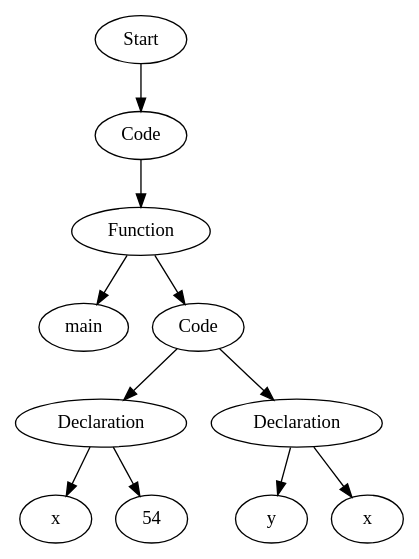
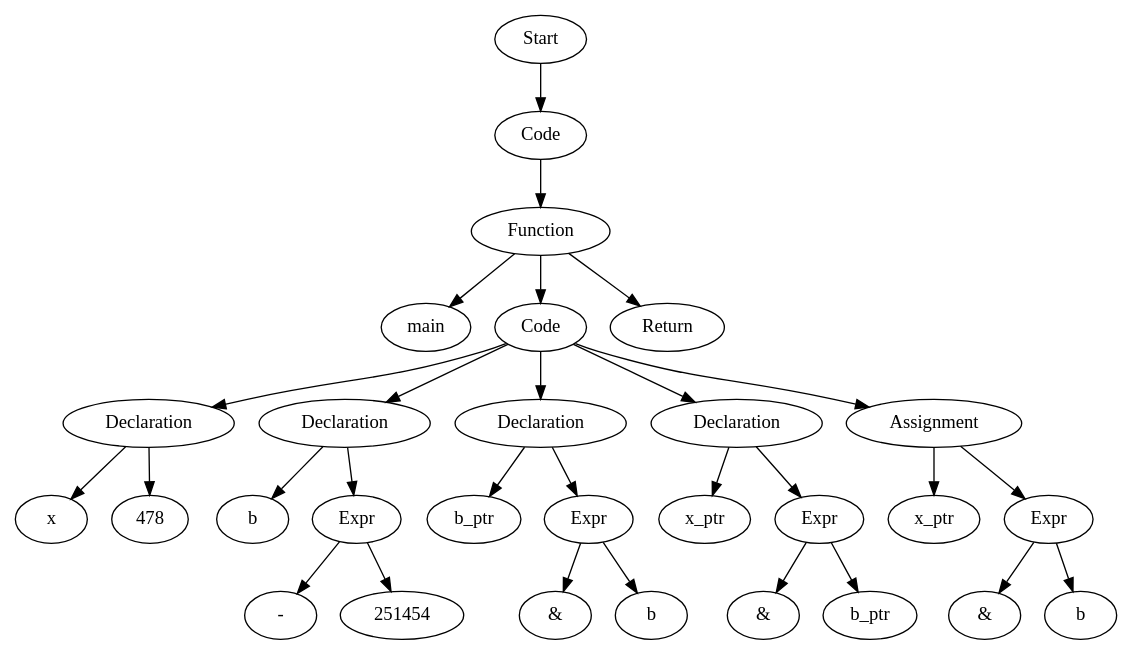
Before and after one commit to Are-you-listening/Compilers: the diagram in src/TestFiles/ASTTests/SemanticErrorsTests/CreateTests/read_file_before.dot, drawn with Graphviz. The commit also changed 15 other files, not shown here.

```diff
--- a/src/TestFiles/ASTTests/SemanticErrorsTests/CreateTests/read_file_before.dot
+++ b/src/TestFiles/ASTTests/SemanticErrorsTests/CreateTests/read_file_before.dot
@@ -1,23 +1,59 @@
 digraph AST {
-  "137478358747264" [label="Start"];
-  "137478358747264" -> "137478358748416";
-  "137478358748416" [label="Code"];
-  "137478358748416" -> "137478358750768";
-  "137478358750768" [label="Function"];
-  "137478358750768" -> "137478358752304";
-  "137478358750768" -> "137478358751872";
-  "137478358752304" [label="main"];
-  "137478358751872" [label="Code"];
-  "137478358751872" -> "137478358751248";
-  "137478358751872" -> "137478358754320";
-  "137478358751248" [label="Declaration"];
-  "137478358751248" -> "137478358750240";
-  "137478358751248" -> "137478358754416";
-  "137478358750240" [label="x"];
-  "137478358754416" [label="54"];
-  "137478358754320" [label="Declaration"];
-  "137478358754320" -> "137478358755040";
-  "137478358754320" -> "137478358755760";
-  "137478358755040" [label="y"];
-  "137478358755760" [label="x"];
+  "125476824819040" [label="Start"];
+  "125476824819040" -> "125476824816112";
+  "125476824816112" [label="Code"];
+  "125476824816112" -> "125476824817840";
+  "125476824817840" [label="Function"];
+  "125476824817840" -> "125476824817984";
+  "125476824817840" -> "125476824817264";
+  "125476824817840" -> "125476824814576";
+  "125476824817984" [label="main"];
+  "125476824817264" [label="Code"];
+  "125476824817264" -> "125476824814672";
+  "125476824817264" -> "125476824819952";
+  "125476824817264" -> "125476824820768";
+  "125476824817264" -> "125476824821872";
+  "125476824817264" -> "125476824823120";
+  "125476824814672" [label="Declaration"];
+  "125476824814672" -> "125476824818704";
+  "125476824814672" -> "125476824820048";
+  "125476824818704" [label="x"];
+  "125476824820048" [label="478"];
+  "125476824819952" [label="Declaration"];
+  "125476824819952" -> "125476824820384";
+  "125476824819952" -> "125476824820624";
+  "125476824820384" [label="b"];
+  "125476824820624" [label="Expr"];
+  "125476824820624" -> "125476824820720";
+  "125476824820624" -> "125476824821056";
+  "125476824820720" [label="-"];
+  "125476824821056" [label="251454"];
+  "125476824820768" [label="Declaration"];
+  "125476824820768" -> "125476824821344";
+  "125476824820768" -> "125476824821728";
+  "125476824821344" [label="b_ptr"];
+  "125476824821728" [label="Expr"];
+  "125476824821728" -> "125476824821824";
+  "125476824821728" -> "125476824822160";
+  "125476824821824" [label="&"];
+  "125476824822160" [label="b"];
+  "125476824821872" [label="Declaration"];
+  "125476824821872" -> "125476824822448";
+  "125476824821872" -> "125476824822976";
+  "125476824822448" [label="x_ptr"];
+  "125476824822976" [label="Expr"];
+  "125476824822976" -> "125476824823072";
+  "125476824822976" -> "125476824823408";
+  "125476824823072" [label="&"];
+  "125476824823408" [label="b_ptr"];
+  "125476824823120" [label="Assignment"];
+  "125476824823120" -> "125476824823504";
+  "125476824823120" -> "125476824823648";
+  "125476824823504" [label="x_ptr"];
+  "125476824823648" [label="Expr"];
+  "125476824823648" -> "125476824823744";
+  "125476824823648" -> "125476824824080";
+  "125476824823744" [label="&"];
+  "125476824824080" [label="b"];
+  "125476824814576" [label="Return"];
 }
```
